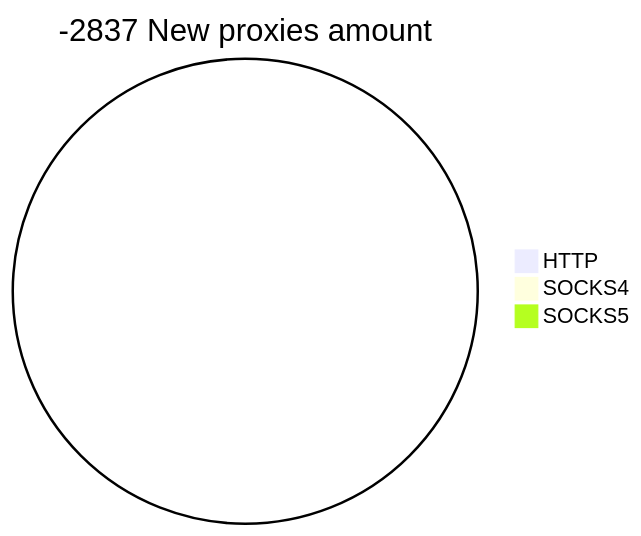
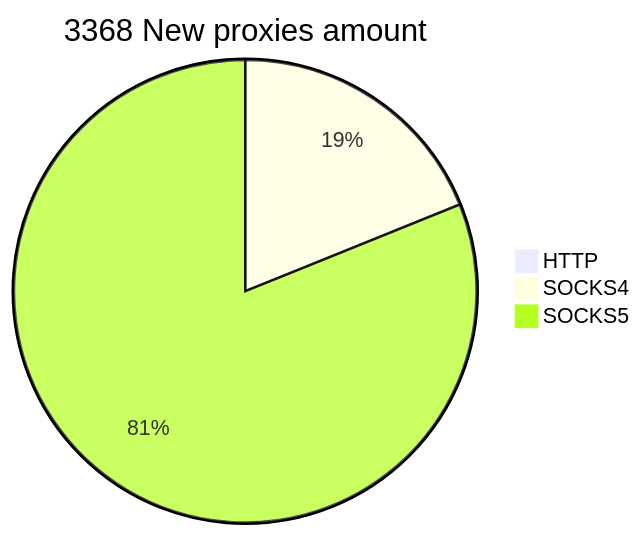
One commit to cutipu/proxylist changed the second of 2 diagrams in README.md. Above: the diagram before and after it, drawn with Mermaid. The commit also changed other lines of this file, not shown here.

````diff
--- a/README.md
+++ b/README.md
@@ -10,6 +10,6 @@
 ```mermaid
-pie title -2837 New proxies amount
+pie title 3368 New proxies amount
     "HTTP" : 0
-    "SOCKS4" : 0
-    "SOCKS5" : 0
+    "SOCKS4" : 652
+    "SOCKS5" : 2801
 ```
````
